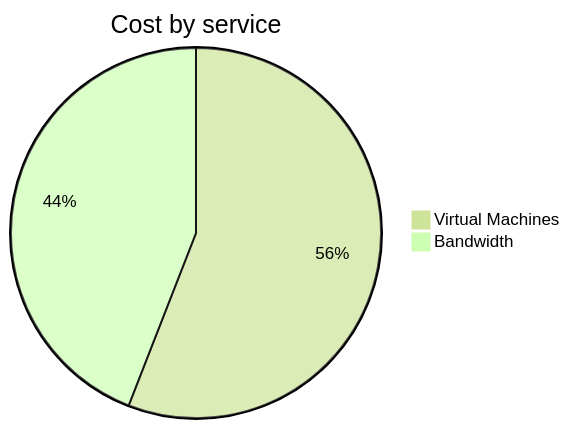
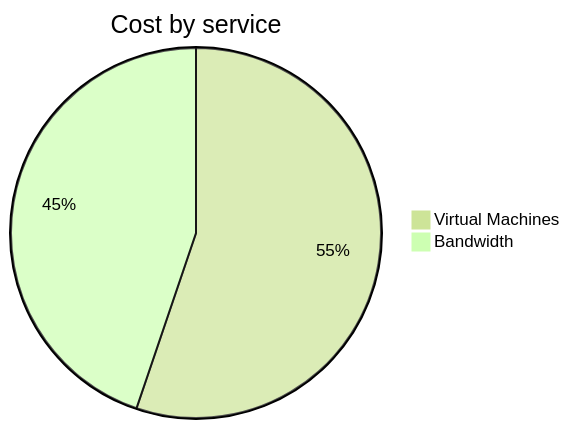
The second of 4 diagrams in cost-reports/personal-network/vpn-server.md (jpfulton/azure-personal-reports), drawn with Mermaid (forest theme) before and after one commit. The commit also changed other lines of this file and 8 other files, not shown here.

````diff
--- a/cost-reports/personal-network/vpn-server.md
+++ b/cost-reports/personal-network/vpn-server.md
@@ -94,6 +94,6 @@
 ```mermaid
 pie
    title Cost by service
-   "Virtual Machines" : 4.91
-   "Bandwidth" : 3.87
+   "Virtual Machines" : 5.09
+   "Bandwidth" : 4.13
 ```
````
